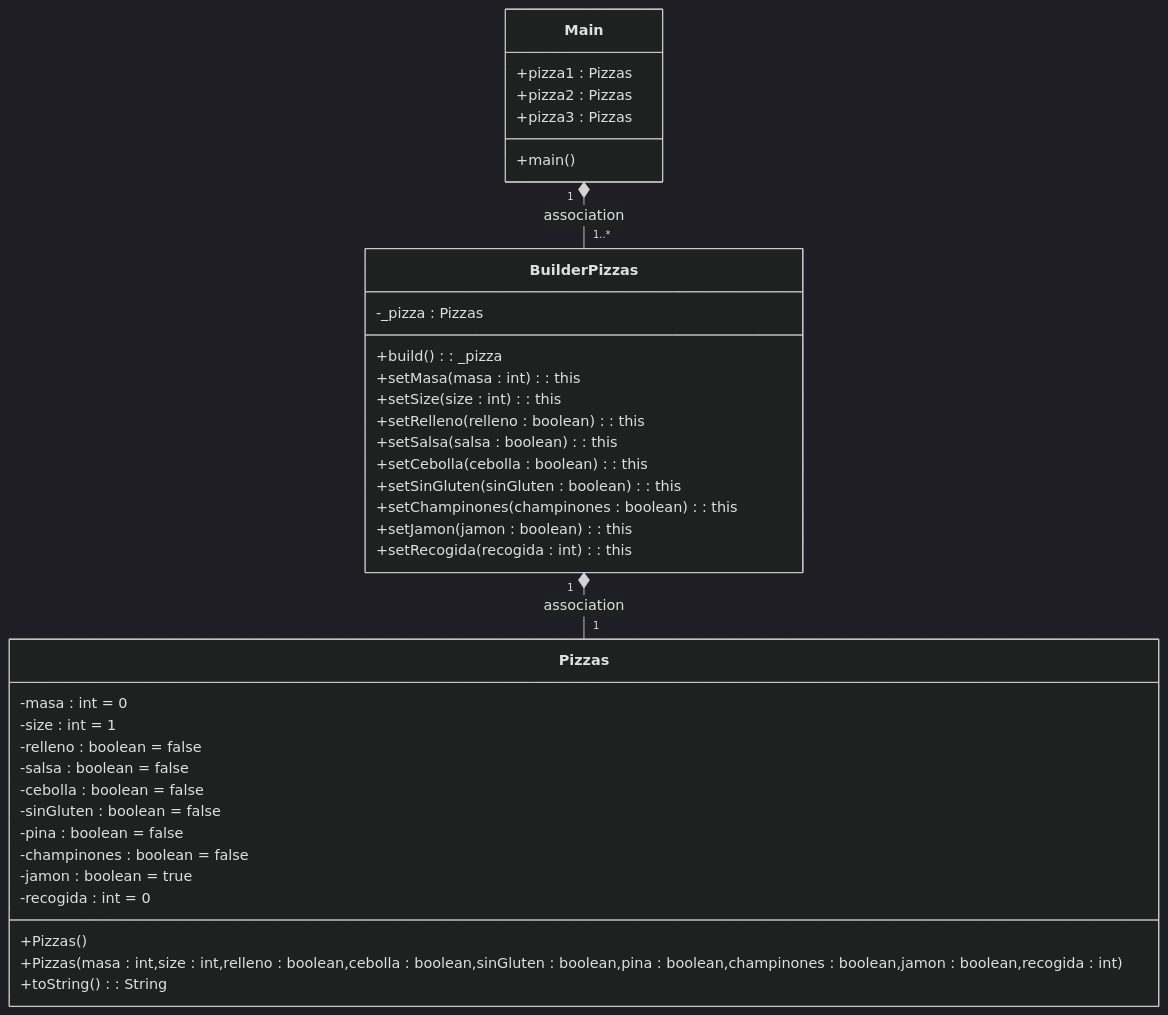
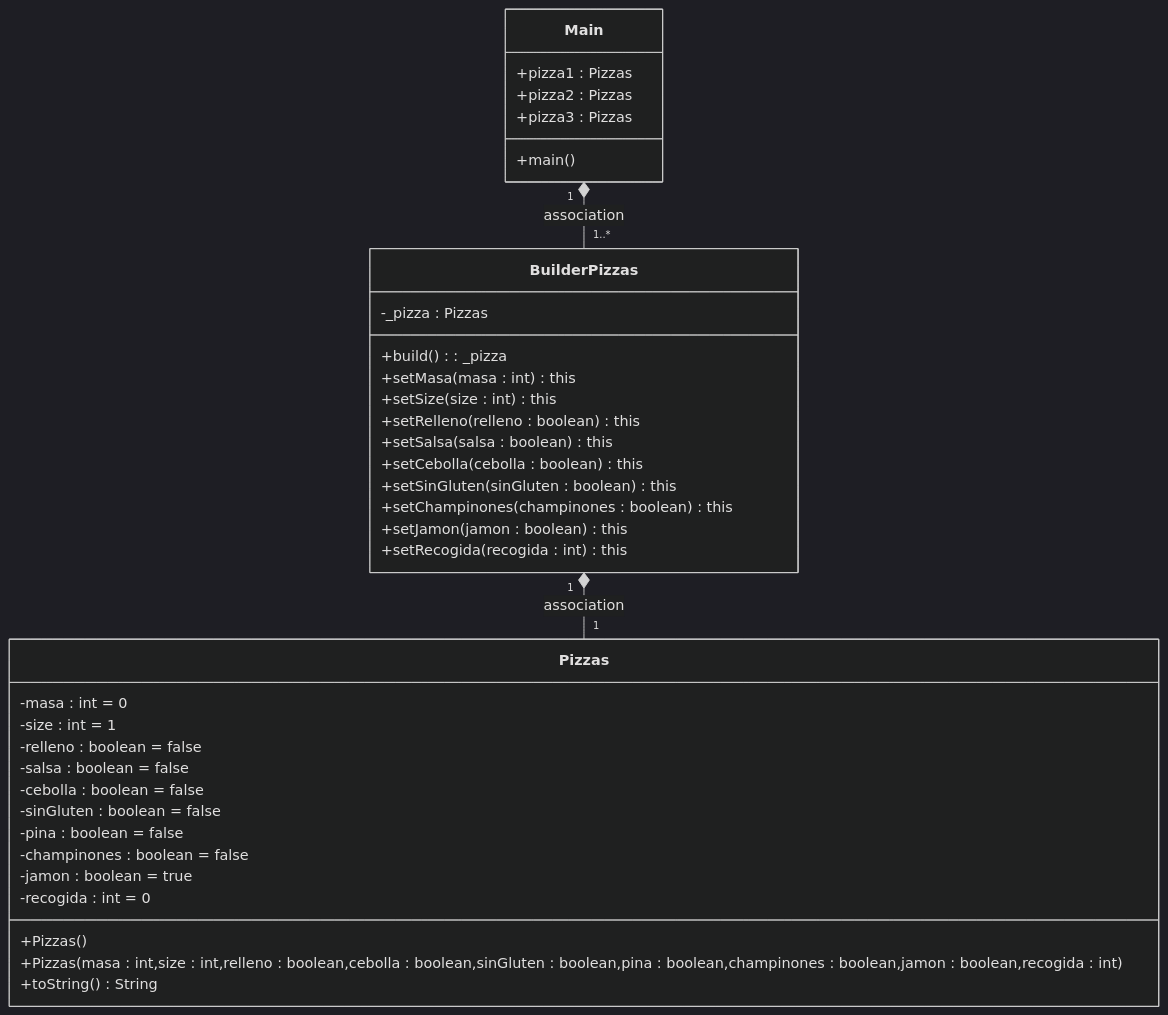
Before and after one commit to agonzalezbesada/COD_Boletin15_Builder: the diagram in Readme.md, drawn with Mermaid (dark theme).

Commit message:
Diagrama de Clases Correccion

````diff
--- a/Readme.md
+++ b/Readme.md
@@ -16,43 +16,42 @@
 ```mermaid
 classDiagram
     class Main{
     +pizza1 : Pizzas
     +pizza2 : Pizzas
     +pizza3 : Pizzas
     +main()
+    }
+        
+    class BuilderPizzas{
+    -_pizza : Pizzas
+    +build() : _pizza
+    +setMasa(masa : int) this
+    +setSize(size : int) this
+    +setRelleno(relleno : boolean) this
+    +setSalsa(salsa : boolean) this
+    +setCebolla(cebolla : boolean) this
+    +setSinGluten(sinGluten : boolean) this
+    +setChampinones(champinones : boolean) this
+    +setJamon(jamon : boolean) this
+    +setRecogida(recogida : int) this
     }
     
     class Pizzas{
     -masa : int = 0
     -size : int = 1
     -relleno : boolean = false
     -salsa : boolean = false
     -cebolla : boolean = false
     -sinGluten : boolean = false
     -pina : boolean = false
     -champinones : boolean = false
     -jamon : boolean = true
     -recogida : int = 0
     +Pizzas()
     +Pizzas(masa : int,size : int,relleno : boolean,cebolla : boolean,sinGluten : boolean,pina : boolean,champinones : boolean,jamon : boolean,recogida : int)
-    +toString() : String
-    }
-    
-    class BuilderPizzas{
-    -_pizza : Pizzas
-    +build() : _pizza
-    +setMasa(masa : int) : this
-    +setSize(size : int) : this
-    +setRelleno(relleno : boolean) : this
-    +setSalsa(salsa : boolean) : this
-    +setCebolla(cebolla : boolean) : this
-    +setSinGluten(sinGluten : boolean) : this
-    +setChampinones(champinones : boolean) : this
-    +setJamon(jamon : boolean) : this
-    +setRecogida(recogida : int) : this
-    
+    +toString() String
     }
     
     Main "1" *-- "1..*" BuilderPizzas : association
     BuilderPizzas "1" *-- "1" Pizzas : association
 ```
````
